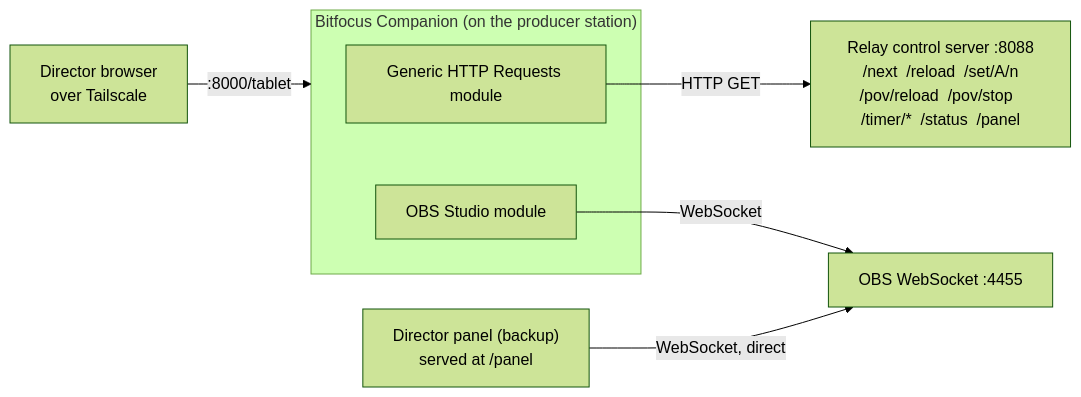
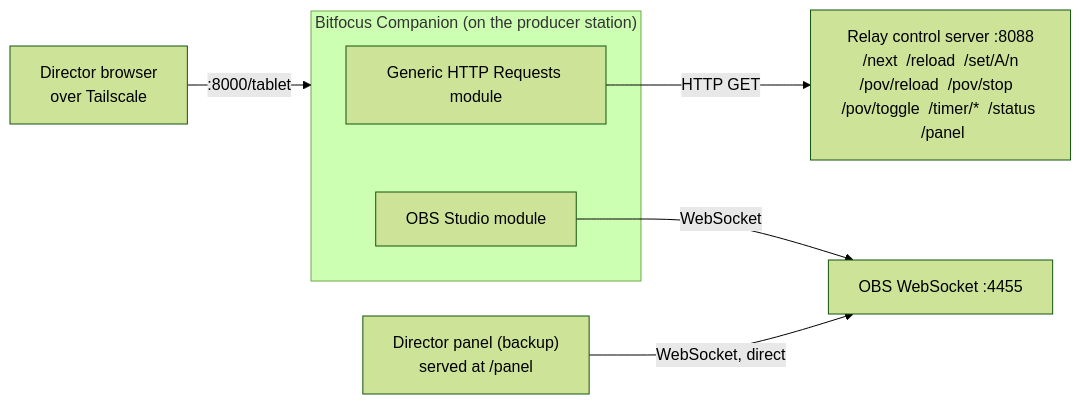
The third of 4 diagrams in src/docs/wiki/Architecture.md (jegr78/gt-endurance-racing-broadcast), drawn with Mermaid (forest theme) before and after one commit. The commit also changed other lines of this file and 5 other files, not shown here.

Commit message:
docs(pov): name column + relay-driven POV Toggle across the wiki/docs (#130)

````diff
--- a/src/docs/wiki/Architecture.md
+++ b/src/docs/wiki/Architecture.md
@@ -135,13 +135,13 @@
 ```mermaid
 flowchart LR
   subgraph Companion["Bitfocus Companion (on the producer station)"]
     GH["Generic HTTP Requests module"]
     OM["OBS Studio module"]
   end
 
-  GH -->|"HTTP GET"| EP["Relay control server :8088<br/>/next  /reload  /set/A/n<br/>/pov/reload  /pov/stop  /timer/*  /status  /panel"]
+  GH -->|"HTTP GET"| EP["Relay control server :8088<br/>/next  /reload  /set/A/n<br/>/pov/reload  /pov/stop  /pov/toggle  /timer/*  /status  /panel"]
   OM -->|"WebSocket"| WS["OBS WebSocket :4455"]
   PANEL["Director panel (backup)<br/>served at /panel"] -->|"WebSocket, direct"| WS
 
   DIR["Director browser<br/>over Tailscale"] -->|":8000/tablet"| Companion
 ```
````
